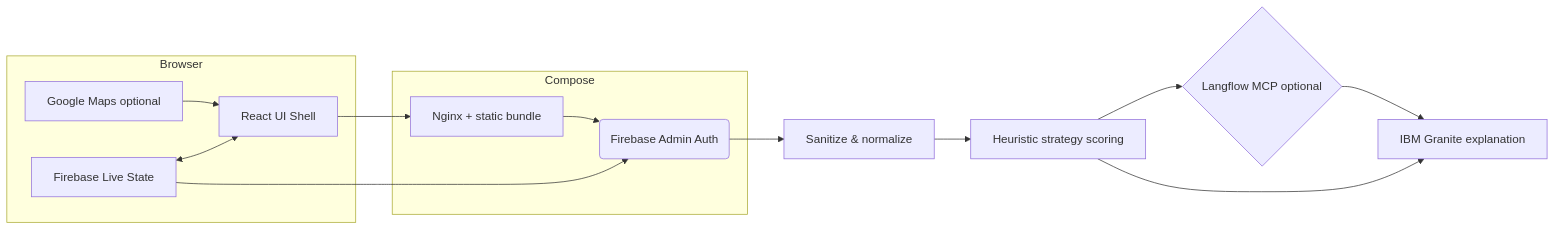
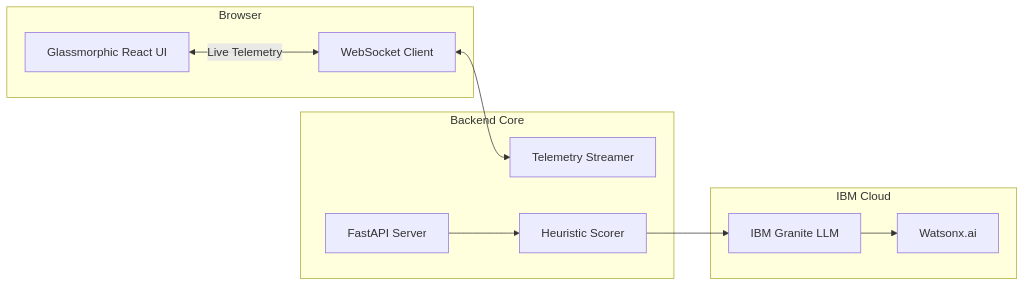
One commit to rohilkohli/pitMind changed the diagram in README.md. Above: the diagram before and after it, drawn with Mermaid. The commit also changed other lines of this file and 1 other file, not shown here.

````diff
--- a/README.md
+++ b/README.md
@@ -92,23 +115,24 @@
 ```mermaid
-flowchart LR
-  subgraph Browser
-    UI[React UI Shell]
-    MAPS[Google Maps optional]
-    FB[Firebase Live State]
-  end
+graph LR
+    subgraph Browser
+        UI[Glassmorphic React UI]
+        WS[WebSocket Client]
+    end
 
-  subgraph Compose
-    WEB[Nginx + static bundle]
-    API[FastAPI API]
-  end
+    subgraph Backend Core
+        API[FastAPI Server]
+        Stream[Telemetry Streamer]
+        Scorer[Heuristic Scorer]
+    end
 
-  UI --> WEB --> API
-  MAPS --> UI
-  FB <--> UI
-  FB --> API(Firebase Admin Auth)
-  API --> SAN[Sanitize & normalize]
-  SAN --> STRAT[Heuristic strategy scoring]
-  STRAT --> LF{Langflow MCP optional}
-  LF --> GX[IBM Granite explanation]
-  STRAT --> GX
+    subgraph IBM Cloud
+        Granite[IBM Granite LLM]
+        Watsonx[Watsonx.ai]
+    end
+
+    UI <-->|Live Telemetry| WS
+    WS <--> Stream
+    API --> Scorer
+    Scorer --> Granite
+    Granite --> Watsonx
 ```
````
